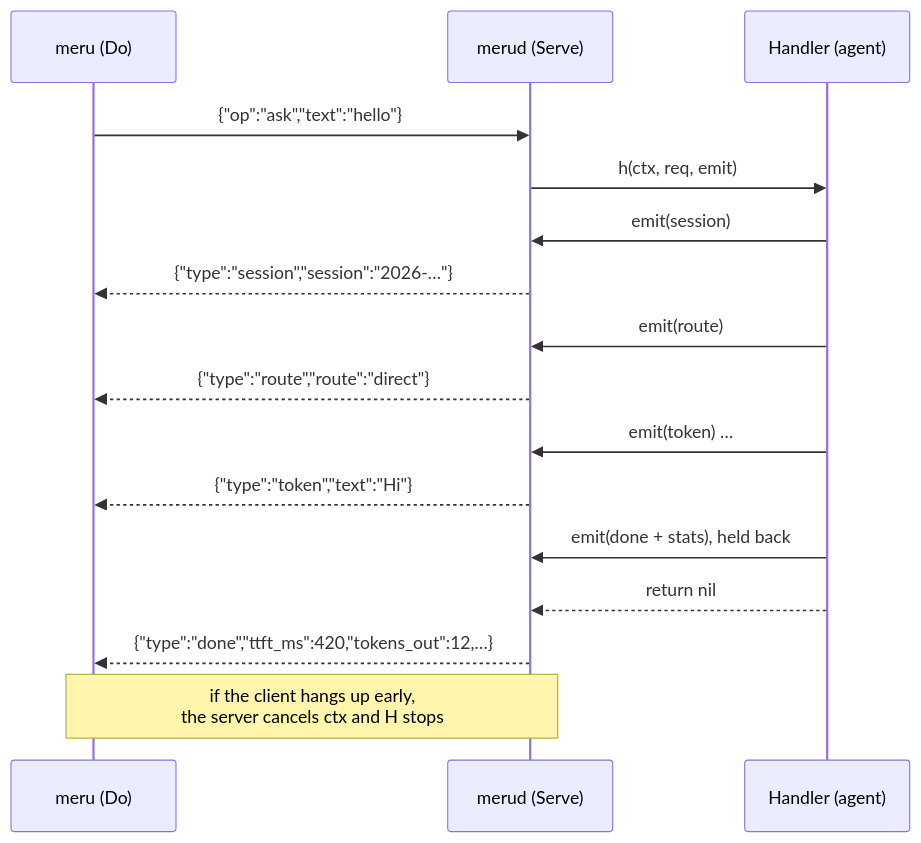
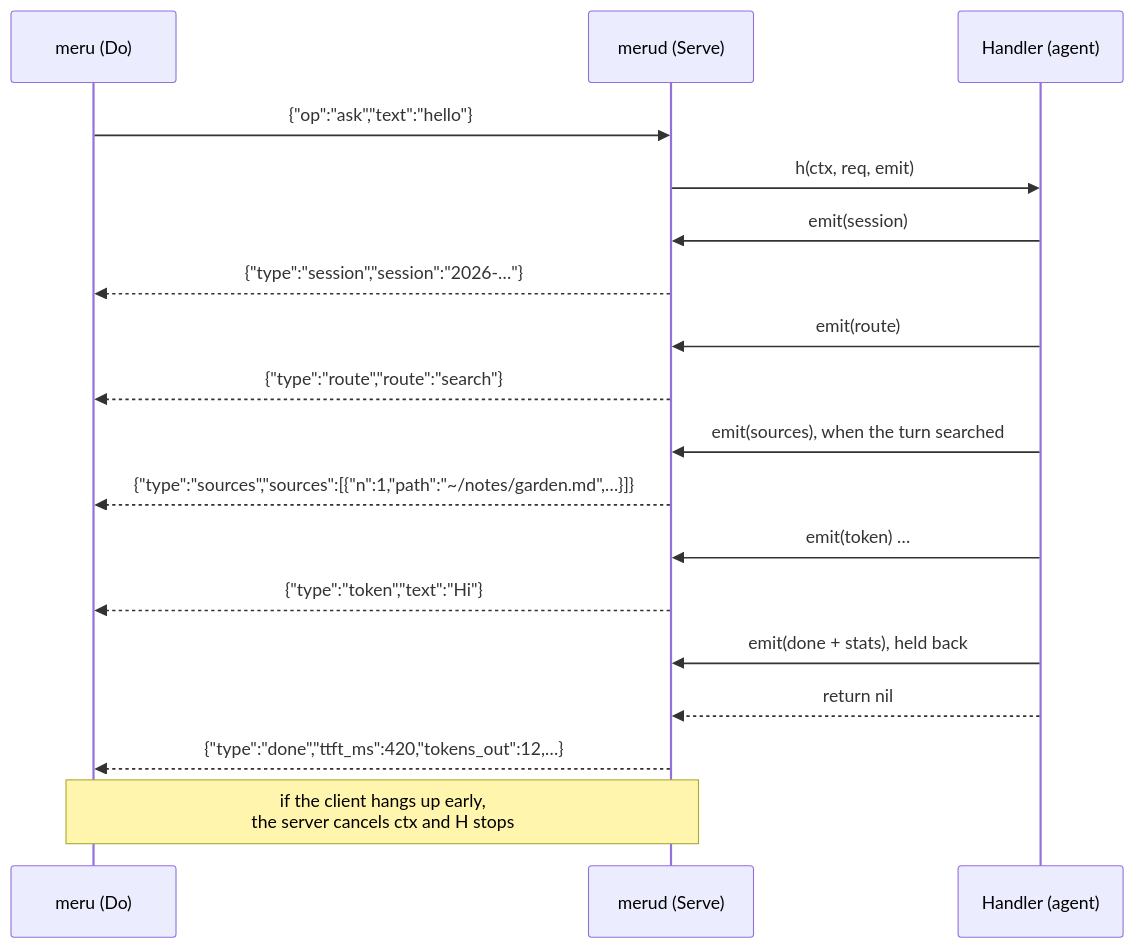
One commit to aarora79/meru changed the diagram in docs/coding-notes/rpc.md. Above: the diagram before and after it, drawn with Mermaid. The commit also changed other lines of this file and 36 other files, not shown here.

First line of the commit message:
v0.2: search your files in a turn, and cite them

````diff
--- a/docs/coding-notes/rpc.md
+++ b/docs/coding-notes/rpc.md
@@ -21,18 +21,20 @@
 ```mermaid
 sequenceDiagram
     participant C as meru (Do)
     participant S as merud (Serve)
     participant H as Handler (agent)
     C->>S: {"op":"ask","text":"hello"}
     S->>H: h(ctx, req, emit)
     H->>S: emit(session)
     S-->>C: {"type":"session","session":"2026-…"}
     H->>S: emit(route)
-    S-->>C: {"type":"route","route":"direct"}
+    S-->>C: {"type":"route","route":"search"}
+    H->>S: emit(sources), when the turn searched
+    S-->>C: {"type":"sources","sources":[{"n":1,"path":"~/notes/garden.md",…}]}
     H->>S: emit(token) …
     S-->>C: {"type":"token","text":"Hi"}
     H->>S: emit(done + stats), held back
     H-->>S: return nil
     S-->>C: {"type":"done","ttft_ms":420,"tokens_out":12,…}
     Note over C,S: if the client hangs up early,<br/>the server cancels ctx and H stops
 ```
````
